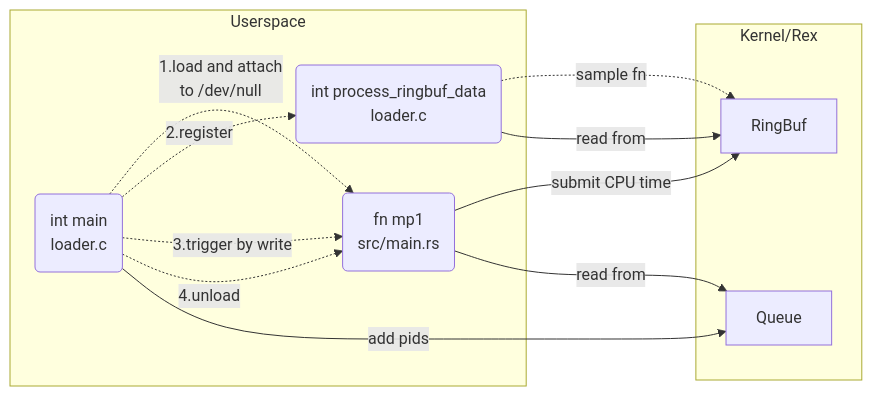
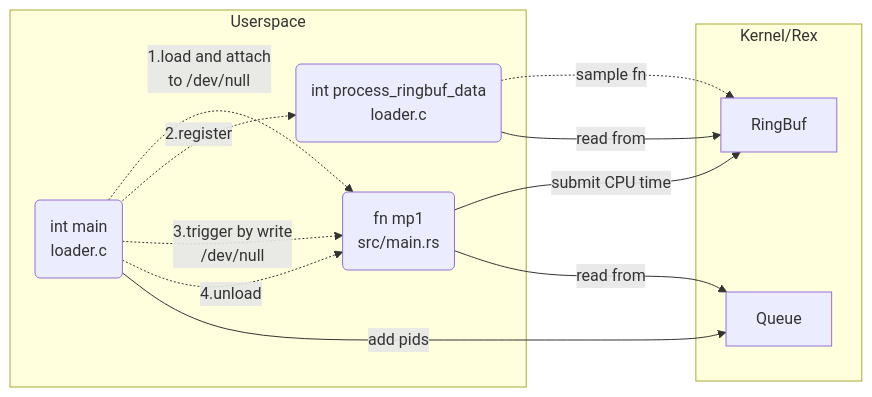
The diagram in README.md (cs423-uiuc-fall25/rex-mp4-template), drawn with Mermaid before and after one commit.

Commit message:
mention /dev/null

````diff
--- a/README.md
+++ b/README.md
@@ -36,19 +36,19 @@
 ```mermaid
 flowchart LR
 	mp1(fn mp1<br>src/main.rs)
 	subgraph Kernel/Rex
 	    Queue
 	    RingBuf
 	end
 	subgraph Userspace
 		loader-.->|1.load and attach<br>to /dev/null|mp1
 		loader-.->|2.register|ringbuffn(int process_ringbuf_data<br>loader.c)-.->|sample fn|RingBuf
-		loader-.->|3.trigger by write|mp1
+		loader-.->|3.trigger by write<br>/dev/null|mp1
 		loader-.->|4.unload|mp1
 	end
 	loader(int main<br>loader.c)
 	mp1-->|submit CPU time|RingBuf
 	mp1-->|read from|Queue
 	loader-->|add pids|Queue
 	ringbuffn-->|read from|RingBuf
 ```
````
